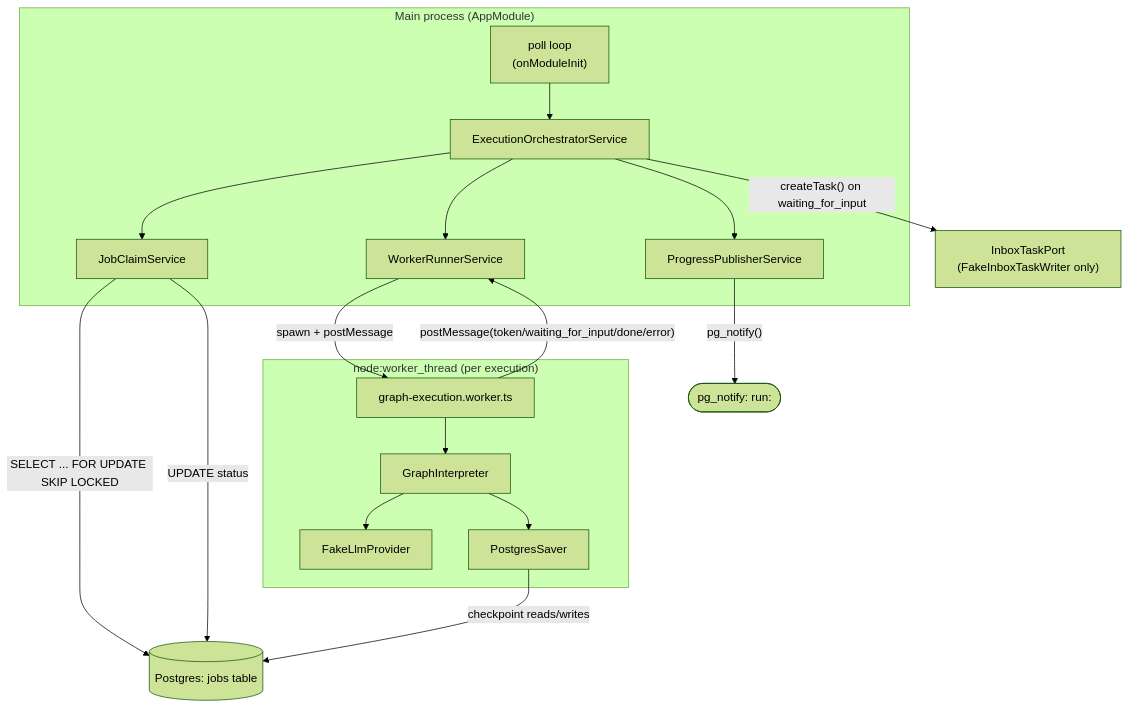
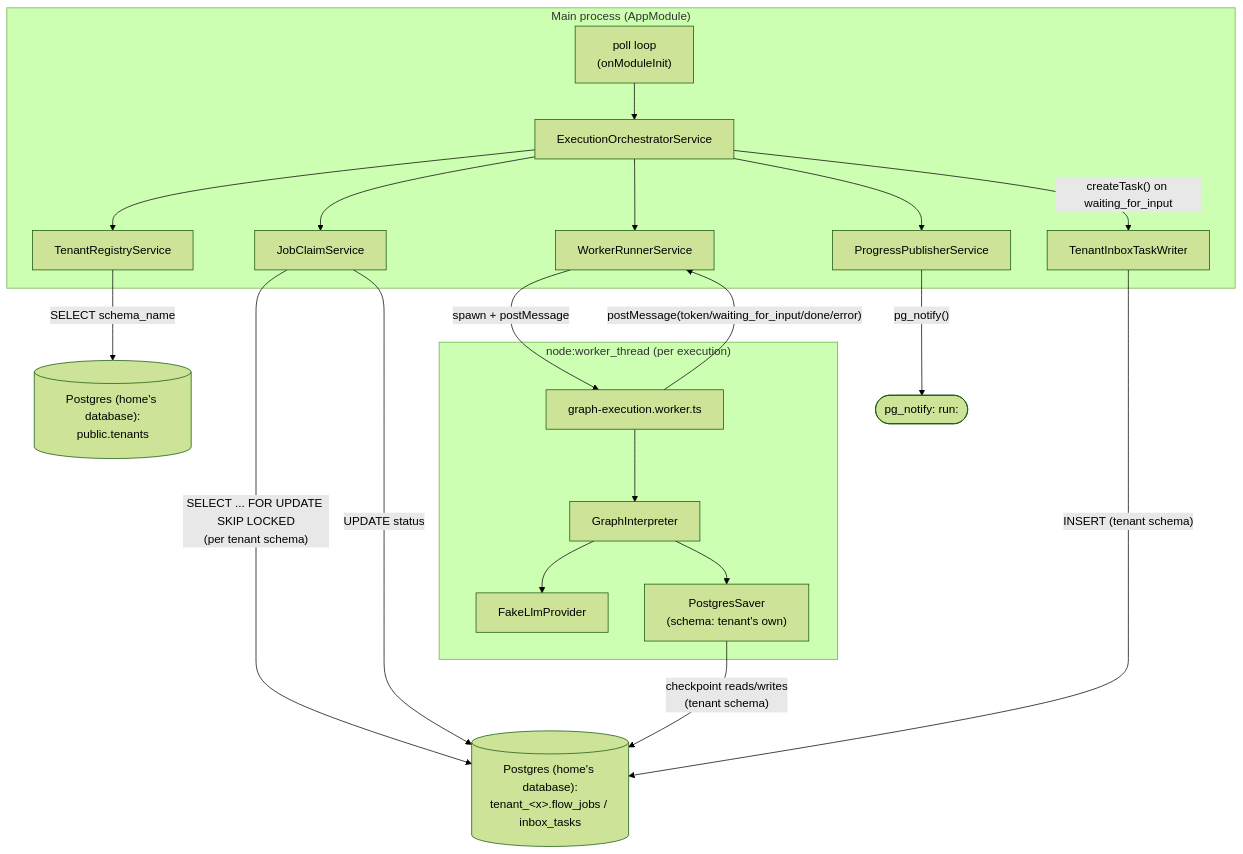
Before and after one commit to TryYourIdeas/flow-engine: the diagram in docs/architecture/application-architecture.md, drawn with Mermaid (forest theme). The commit also changed other lines of this file and 4 other files, not shown here.

First line of the commit message:
docs: update remaining architecture/user-guide docs for the shared database

````diff
--- a/docs/architecture/application-architecture.md
+++ b/docs/architecture/application-architecture.md
@@ -5,36 +5,41 @@
 ```mermaid
 flowchart TB
     subgraph Main["Main process (AppModule)"]
         Poll["poll loop\n(onModuleInit)"]
+        Registry["TenantRegistryService"]
         Orch["ExecutionOrchestratorService"]
         Claim["JobClaimService"]
         Runner["WorkerRunnerService"]
         Progress["ProgressPublisherService"]
+        Inbox["TenantInboxTaskWriter"]
         Poll --> Orch
+        Orch --> Registry
         Orch --> Claim
         Orch --> Runner
         Orch --> Progress
+        Orch -- "createTask() on waiting_for_input" --> Inbox
     end
 
     subgraph WorkerThread["node:worker_thread (per execution)"]
         WorkerEntry["graph-execution.worker.ts"]
         Interpreter["GraphInterpreter"]
         Fake["FakeLlmProvider"]
-        Checkpointer["PostgresSaver"]
+        Checkpointer["PostgresSaver\n(schema: tenant's own)"]
         WorkerEntry --> Interpreter
         Interpreter --> Fake
         Interpreter --> Checkpointer
     end
 
-    Inbox["InboxTaskPort\n(FakeInboxTaskWriter only)"]
-    DB[("Postgres: jobs table")]
+    PublicDB[("Postgres (home's database):\npublic.tenants")]
+    TenantDB[("Postgres (home's database):\ntenant_&lt;x&gt;.flow_jobs / inbox_tasks")]
     Notify(["pg_notify: run:<jobId>"])
 
-    Claim -- "SELECT ... FOR UPDATE SKIP LOCKED" --> DB
+    Registry -- "SELECT schema_name" --> PublicDB
+    Claim -- "SELECT ... FOR UPDATE SKIP LOCKED\n(per tenant schema)" --> TenantDB
     Runner -- "spawn + postMessage" --> WorkerEntry
     WorkerEntry -- "postMessage(token/waiting_for_input/done/error)" --> Runner
     Progress -- "pg_notify()" --> Notify
-    Claim -- "UPDATE status" --> DB
-    Orch -- "createTask() on waiting_for_input" --> Inbox
-    Checkpointer -- "checkpoint reads/writes" --> DB
+    Claim -- "UPDATE status" --> TenantDB
+    Inbox -- "INSERT (tenant schema)" --> TenantDB
+    Checkpointer -- "checkpoint reads/writes\n(tenant schema)" --> TenantDB
 ```
````
